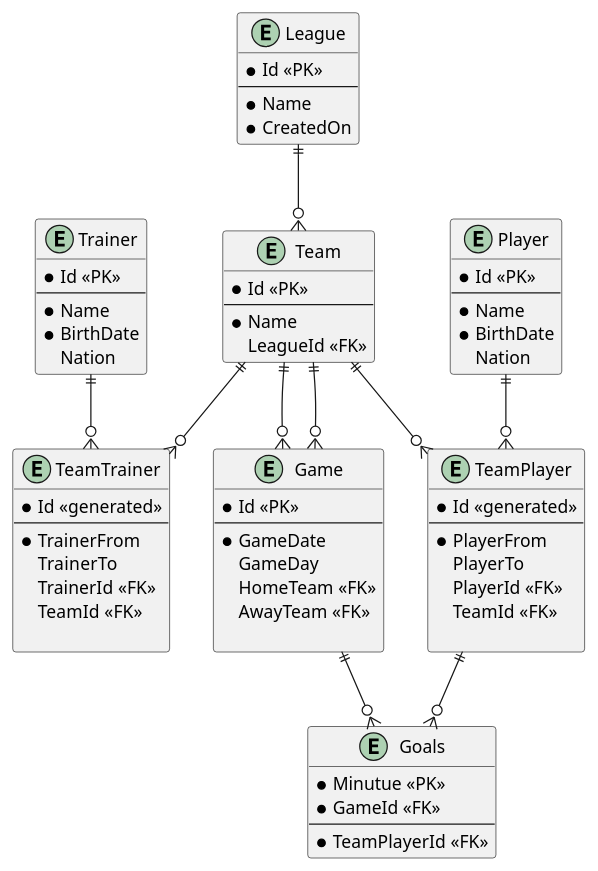
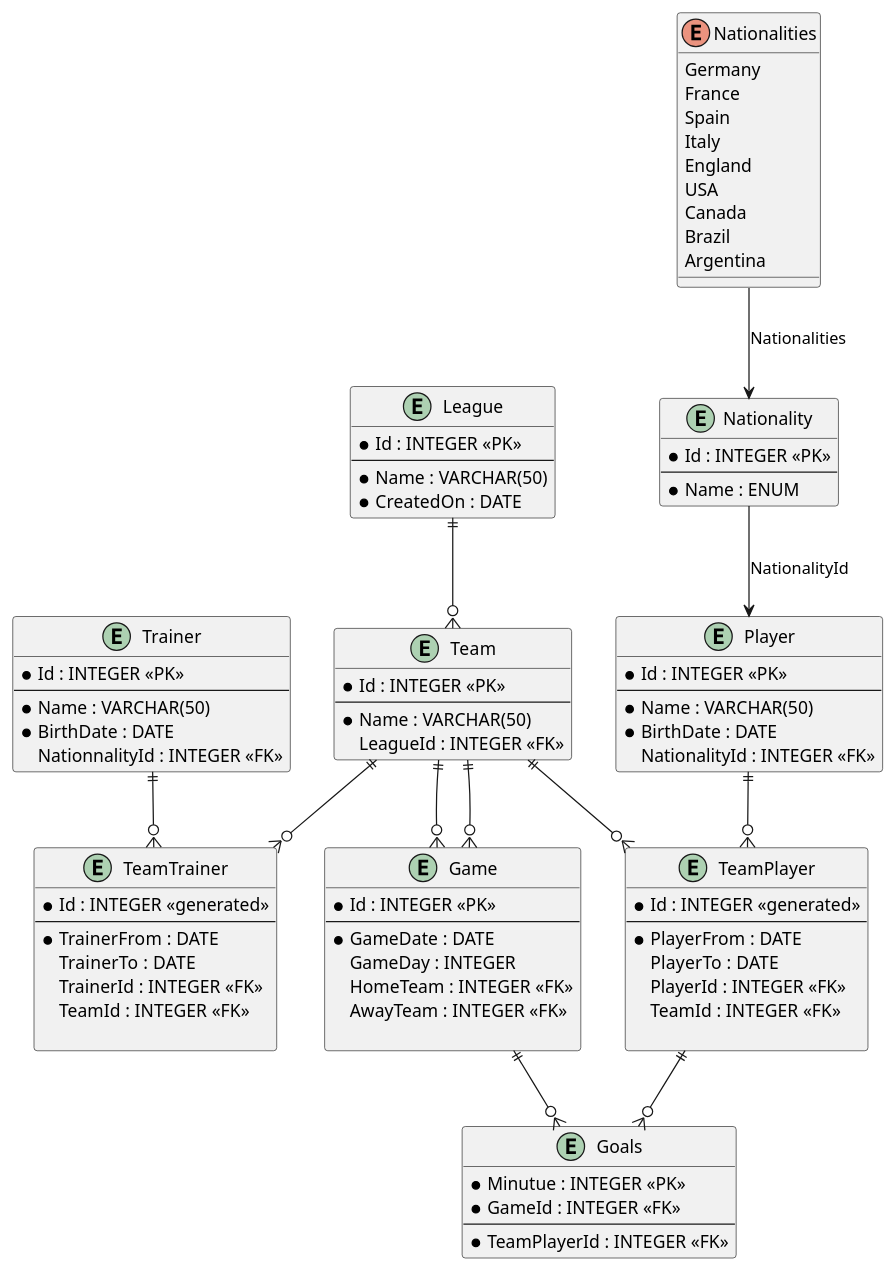
The diagram in er_logical.puml (BojanTRB/nationsLeague), drawn with PlantUML before and after one commit.

Commit message:
Logical model

```diff
--- a/er_logical.puml
+++ b/er_logical.puml
@@ -1,75 +1,102 @@
+@startuml soccerleague
+
 entity League{
-    * Id <<PK>>
-    --
-    * Name
-    * CreatedOn
+    * Id : INTEGER <<PK>>
+    ---
+    * Name : VARCHAR(50)
+    * CreatedOn : DATE
 }
 
 entity Team{
-    * Id <<PK>>
+    * Id : INTEGER <<PK>>
     --
-    * Name
-    LeagueId <<FK>>
+    * Name : VARCHAR(50)
+    LeagueId : INTEGER <<FK>>
 }
 
 entity Player{
-    * Id <<PK>>
+    * Id : INTEGER <<PK>>
     --
-    * Name
-    * BirthDate
-    Nation
+    * Name : VARCHAR(50)
+    * BirthDate : DATE
+    NationalityId : INTEGER <<FK>>
 }
 
 entity TeamTrainer{
-    * Id <<generated>>
+    * Id : INTEGER <<generated>>
     ---
-    * TrainerFrom
-    TrainerTo
-    TrainerId <<FK>>
-    TeamId <<FK>>
+    * TrainerFrom : DATE
+    TrainerTo : DATE
+    TrainerId : INTEGER <<FK>>
+    TeamId : INTEGER <<FK>>
     
 }
 
 entity Goals{
-    * Minutue <<PK>>
-    * GameId <<FK>>
+    * Minutue : INTEGER <<PK>>
+    * GameId : INTEGER <<FK>>
     --
-    * TeamPlayerId <<FK>>
+    * TeamPlayerId : INTEGER <<FK>>
 }
 
 entity TeamPlayer{
-    * Id <<generated>>
+    * Id : INTEGER <<generated>>
     ---
-    * PlayerFrom
-    PlayerTo
-    PlayerId <<FK>>
-    TeamId <<FK>>
+    * PlayerFrom : DATE
+    PlayerTo : DATE
+    PlayerId : INTEGER <<FK>>
+    TeamId : INTEGER <<FK>>
     
 }
 
 entity Trainer{
-    * Id <<PK>> 
+    * Id : INTEGER <<PK>> 
     --
-    * Name 
-    * BirthDate 
-    Nation
+    * Name : VARCHAR(50)
+    * BirthDate : DATE
+    NationnalityId : INTEGER <<FK>>
 }
 
 entity Game {
-    * Id <<PK>> 
+    * Id : INTEGER <<PK>> 
     --
-    * GameDate
-    GameDay
-    HomeTeam <<FK>>
-    AwayTeam <<FK>>
+    * GameDate : DATE
+    GameDay : INTEGER
+    HomeTeam : INTEGER <<FK>> 
+    AwayTeam : INTEGER <<FK>>
     
 }
+
+entity Nationality {
+    * Id : INTEGER <<PK>>
+    --
+    * Name : ENUM
+}
+
+Nationality --> Player: NationalityId
+
+enum Nationalities {
+  Germany
+  France
+  Spain
+  Italy
+  England
+  USA
+  Canada
+  Brazil
+  Argentina
+}
+
+Nationalities --> Nationality: Nationalities
+
 League ||--o{ Team
 Team ||--o{ TeamTrainer
 Team ||--o{ TeamPlayer
 Team ||--o{ Game
 Team ||--o{ Game
 Player ||--o{ TeamPlayer
 Trainer ||--o{ TeamTrainer
 Game ||--o{ Goals
 TeamPlayer ||--o{ Goals
+
+@enduml
```
